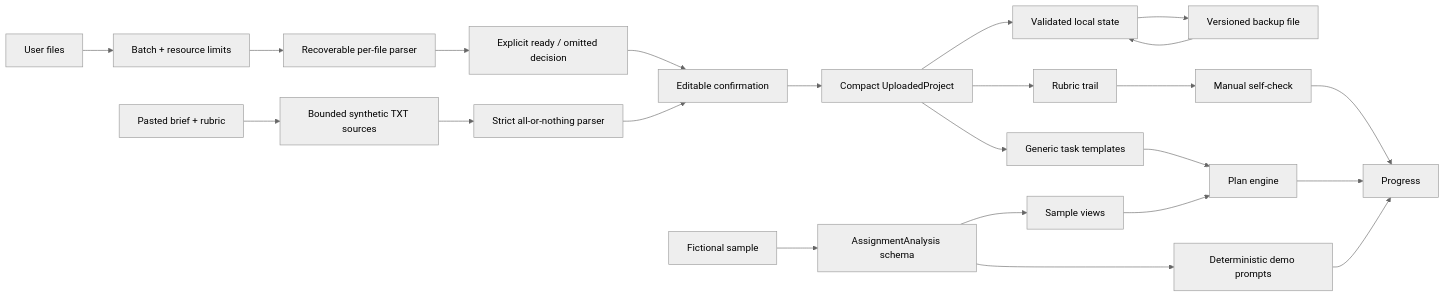
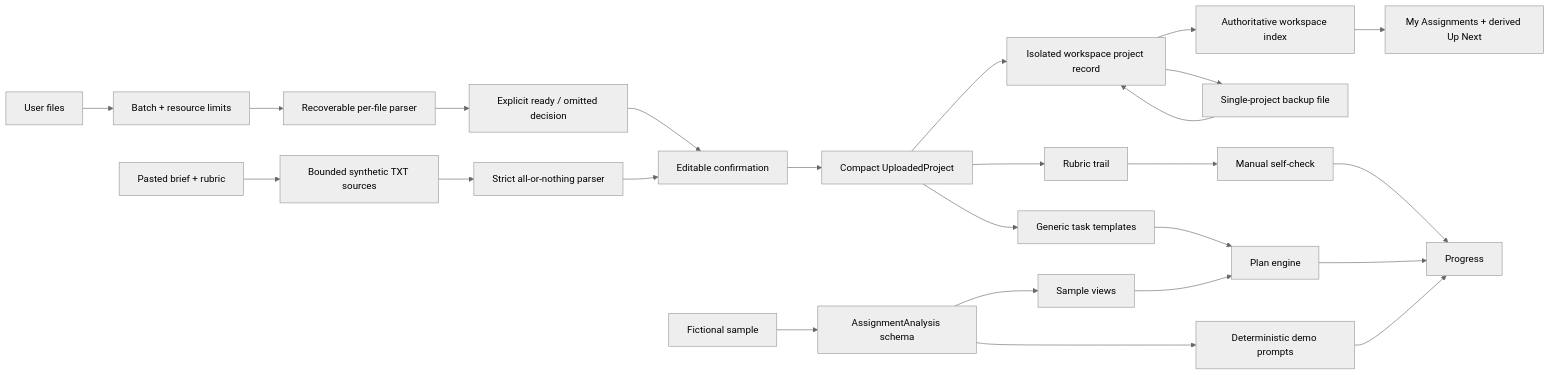
The diagram in docs/ARCHITECTURE.md (Sion612/rubrictrail), drawn with Mermaid (neutral theme) before and after one commit. The commit also changed other lines of this file and 55 other files, not shown here.

````diff
--- a/docs/ARCHITECTURE.md
+++ b/docs/ARCHITECTURE.md
@@ -6,26 +6,28 @@
 ```mermaid
 flowchart LR
   U["User files"] --> BL["Batch + resource limits"]
   BL --> RP["Recoverable per-file parser"]
   RP --> DR["Explicit ready / omitted decision"]
   PT["Pasted brief + rubric"] --> PF["Bounded synthetic TXT sources"]
   PF --> SP["Strict all-or-nothing parser"]
   SP --> C["Editable confirmation"]
   DR --> C
   C --> LP["Compact UploadedProject"]
-  LP --> LS["Validated local state"]
-  LS --> BF["Versioned backup file"]
-  BF --> LS
+  LP --> WR["Isolated workspace project record"]
+  WR --> WI["Authoritative workspace index"]
+  WR --> BF["Single-project backup file"]
+  BF --> WR
+  WI --> DB["My Assignments + derived Up Next"]
   LP --> RT["Rubric trail"]
   LP --> TP["Generic task templates"]
   TP --> PE["Plan engine"]
   RT --> SC["Manual self-check"]
   PE --> PR["Progress"]
   SC --> PR
 
   S["Fictional sample"] --> AS["AssignmentAnalysis schema"]
   AS --> SV["Sample views"]
   AS --> MD["Deterministic demo prompts"]
   SV --> PE
   MD --> PR
 ```
````
